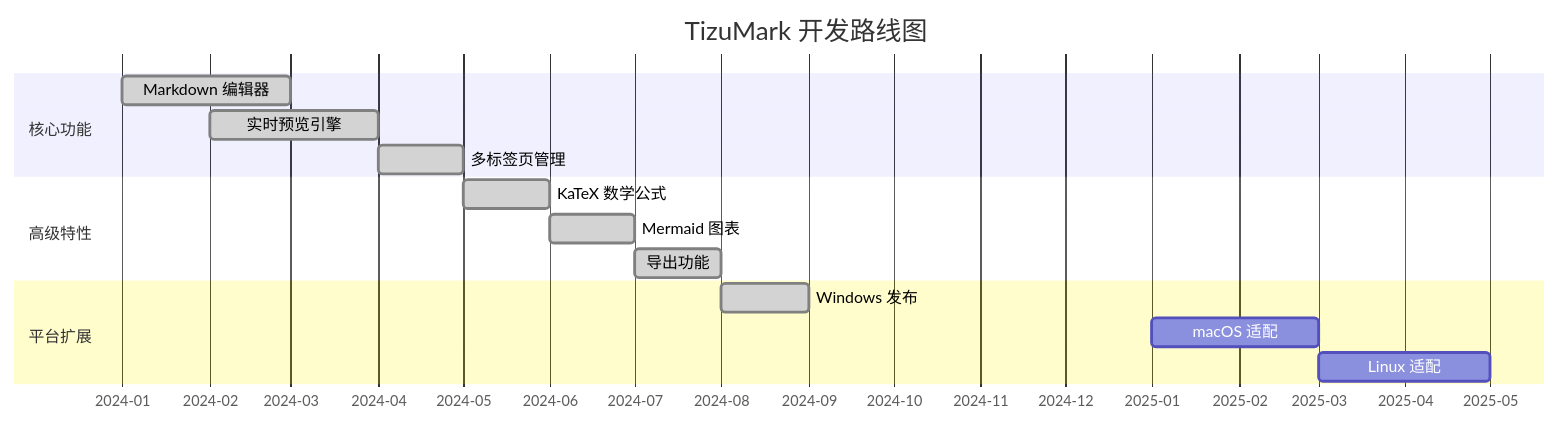
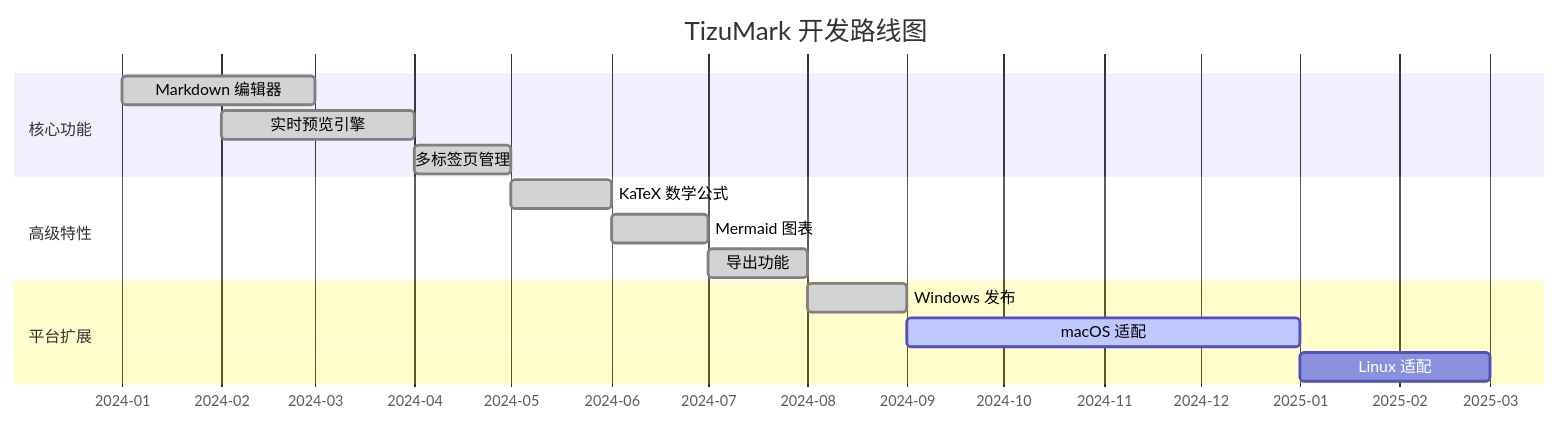
One commit to tizuio/TizuMark changed the third of 10 diagrams in src/demo.md. Above: the diagram before and after it, drawn with Mermaid. The commit also changed other lines of this file and 19 other files, not shown here.

First line of the commit message:
docs: 全面刷新文档与 README，修正 demo.md 准确性，添加 12 张命名截图

````diff
--- a/src/demo.md
+++ b/src/demo.md
@@ -398,21 +458,21 @@
 ```mermaid
 gantt
     title TizuMark 开发路线图
     dateFormat  YYYY-MM
     axisFormat  %Y-%m
 
     section 核心功能
     Markdown 编辑器       :done,    core1, 2024-01, 2024-03
     实时预览引擎          :done,    core2, 2024-02, 2024-04
     多标签页管理          :done,    core3, 2024-04, 2024-05
 
     section 高级特性
     KaTeX 数学公式        :done,    adv1, 2024-05, 2024-06
     Mermaid 图表           :done,    adv2, 2024-06, 2024-07
     导出功能              :done,    adv3, 2024-07, 2024-08
 
     section 平台扩展
     Windows 发布           :done,    plat1, 2024-08, 2024-09
-    macOS 适配             :         plat2, 2025-01, 2025-03
-    Linux 适配             :         plat3, 2025-03, 2025-05
+    macOS 适配             :active,  plat2, 2024-09, 2025-01
+    Linux 适配             :         plat3, 2025-01, 2025-03
 ```
````
